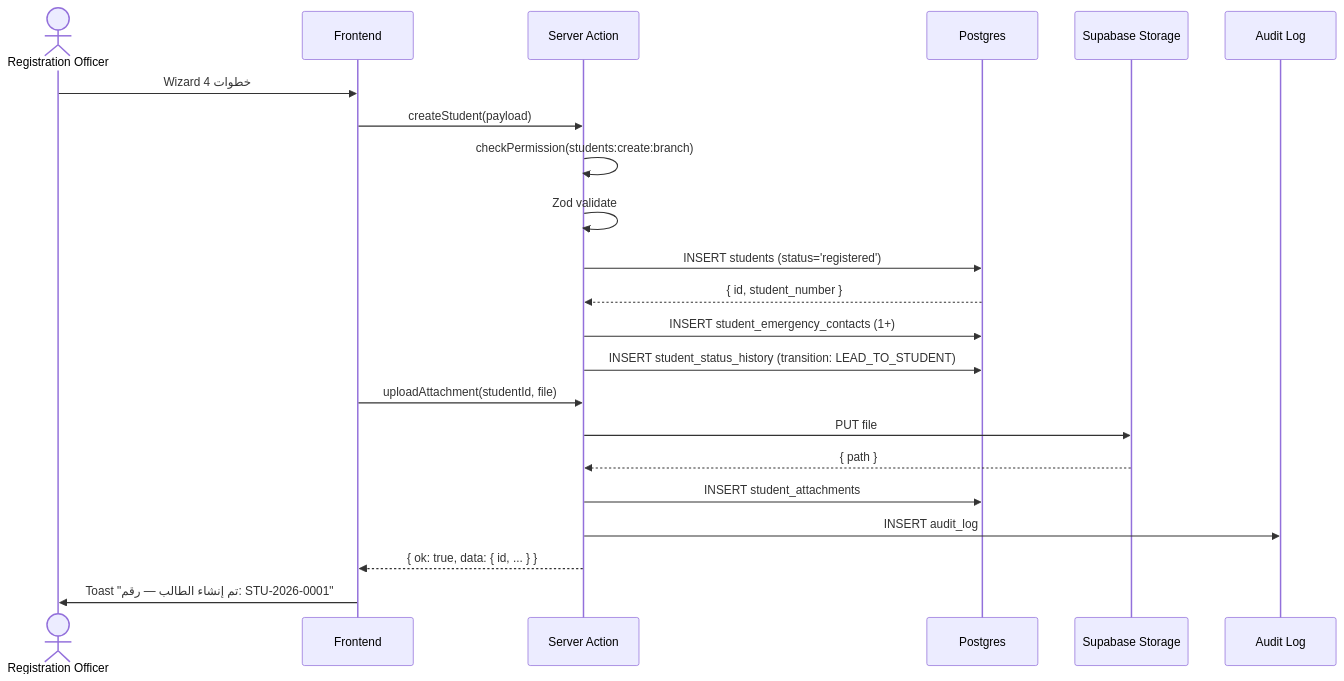
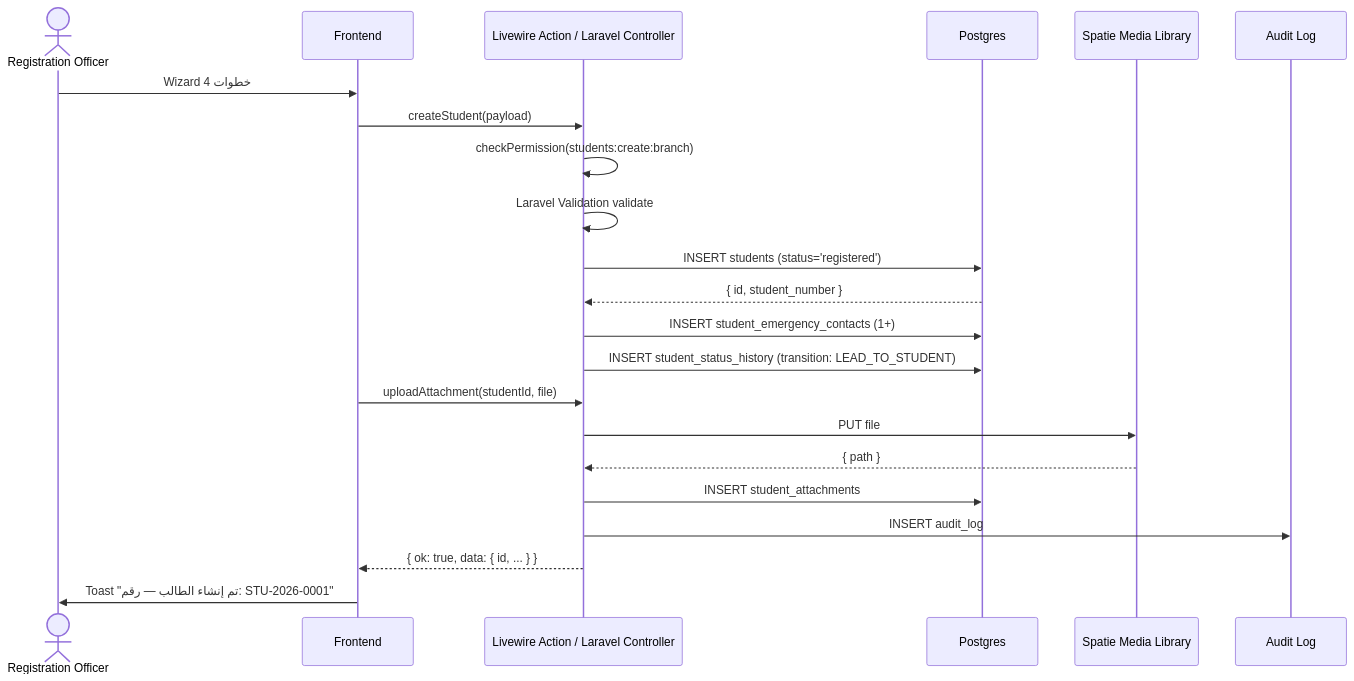
The third of 6 diagrams in 03-المراحل-التنفيذية/03-الطلاب-والفروع/خطة-المرحلة.md (alharbib902-del/technical-handover), drawn with Mermaid before and after one commit. The commit also changed other lines of this file and 22 other files, not shown here.

First line of the commit message:
feat: switch tech stack to Laravel 11 + Filament 3 (replacing Next.js + Supabase)

````diff
--- a/03-المراحل-التنفيذية/03-الطلاب-والفروع/خطة-المرحلة.md
+++ b/03-المراحل-التنفيذية/03-الطلاب-والفروع/خطة-المرحلة.md
@@ -1416,25 +1416,25 @@
 ```mermaid
 sequenceDiagram
     actor RO as Registration Officer
     participant UI as Frontend
-    participant SA as Server Action
+    participant SA as Livewire Action / Laravel Controller
     participant DB as Postgres
-    participant ST as Supabase Storage
+    participant ST as Spatie Media Library
     participant AL as Audit Log
 
     RO->>UI: Wizard 4 خطوات
     UI->>SA: createStudent(payload)
     SA->>SA: checkPermission(students:create:branch)
-    SA->>SA: Zod validate
+    SA->>SA: Laravel Validation validate
     SA->>DB: INSERT students (status='registered')
     DB-->>SA: { id, student_number }
     SA->>DB: INSERT student_emergency_contacts (1+)
     SA->>DB: INSERT student_status_history (transition: LEAD_TO_STUDENT)
     UI->>SA: uploadAttachment(studentId, file)
     SA->>ST: PUT file
     ST-->>SA: { path }
     SA->>DB: INSERT student_attachments
     SA->>AL: INSERT audit_log
     SA-->>UI: { ok: true, data: { id, ... } }
     UI->>RO: Toast "تم إنشاء الطالب — رقم: STU-2026-0001"
 ```
````
